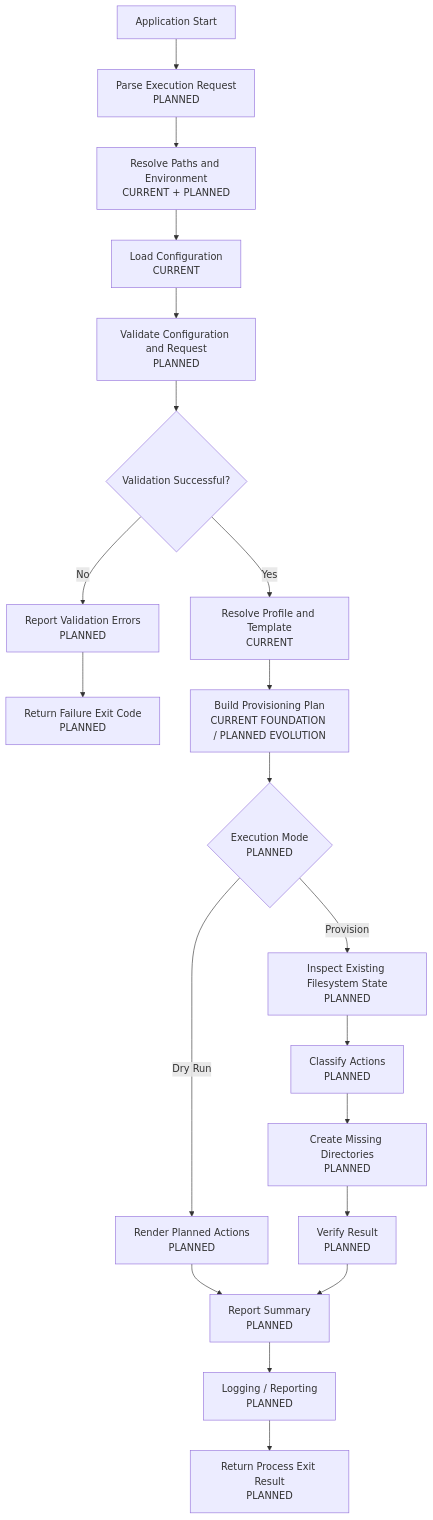
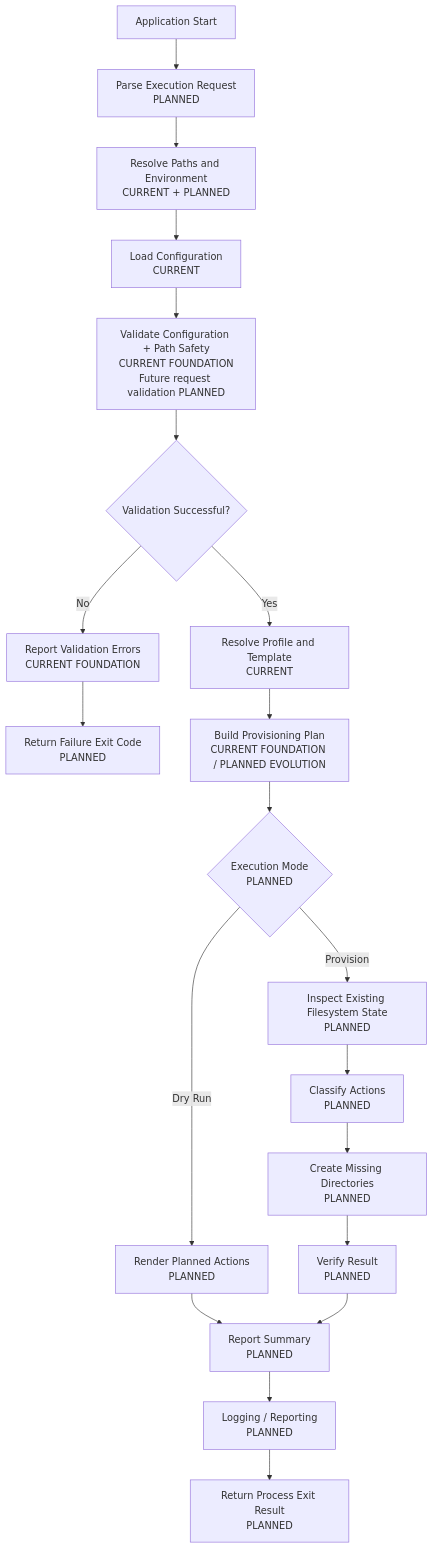
One commit to ChrisLThompson/CareerOS.Bootstrap changed the third of 7 diagrams in Documentation/Diagrams/BOOTSTRAP_PROCESS_FLOW.md. Above: the diagram before and after it, drawn with Mermaid. The commit also changed other lines of this file and 15 other files, not shown here.

````diff
--- a/Documentation/Diagrams/BOOTSTRAP_PROCESS_FLOW.md
+++ b/Documentation/Diagrams/BOOTSTRAP_PROCESS_FLOW.md
@@ -113,30 +138,30 @@
 ```mermaid
 flowchart TD
     A["Application Start"] --> B["Parse Execution Request<br/>PLANNED"]
     B --> C["Resolve Paths and Environment<br/>CURRENT + PLANNED"]
 
     C --> D["Load Configuration<br/>CURRENT"]
-    D --> E["Validate Configuration and Request<br/>PLANNED"]
+    D --> E["Validate Configuration + Path Safety<br/>CURRENT FOUNDATION<br/>Future request validation PLANNED"]
 
     E --> F{"Validation Successful?"}
 
-    F -->|"No"| G["Report Validation Errors<br/>PLANNED"]
+    F -->|"No"| G["Report Validation Errors<br/>CURRENT FOUNDATION"]
     G --> H["Return Failure Exit Code<br/>PLANNED"]
 
     F -->|"Yes"| I["Resolve Profile and Template<br/>CURRENT"]
     I --> J["Build Provisioning Plan<br/>CURRENT FOUNDATION / PLANNED EVOLUTION"]
 
     J --> K{"Execution Mode<br/>PLANNED"}
 
     K -->|"Dry Run"| L["Render Planned Actions<br/>PLANNED"]
     L --> M["Report Summary<br/>PLANNED"]
 
     K -->|"Provision"| N["Inspect Existing Filesystem State<br/>PLANNED"]
     N --> O["Classify Actions<br/>PLANNED"]
     O --> P["Create Missing Directories<br/>PLANNED"]
     P --> Q["Verify Result<br/>PLANNED"]
     Q --> M
 
     M --> R["Logging / Reporting<br/>PLANNED"]
     R --> S["Return Process Exit Result<br/>PLANNED"]
 ```
````
